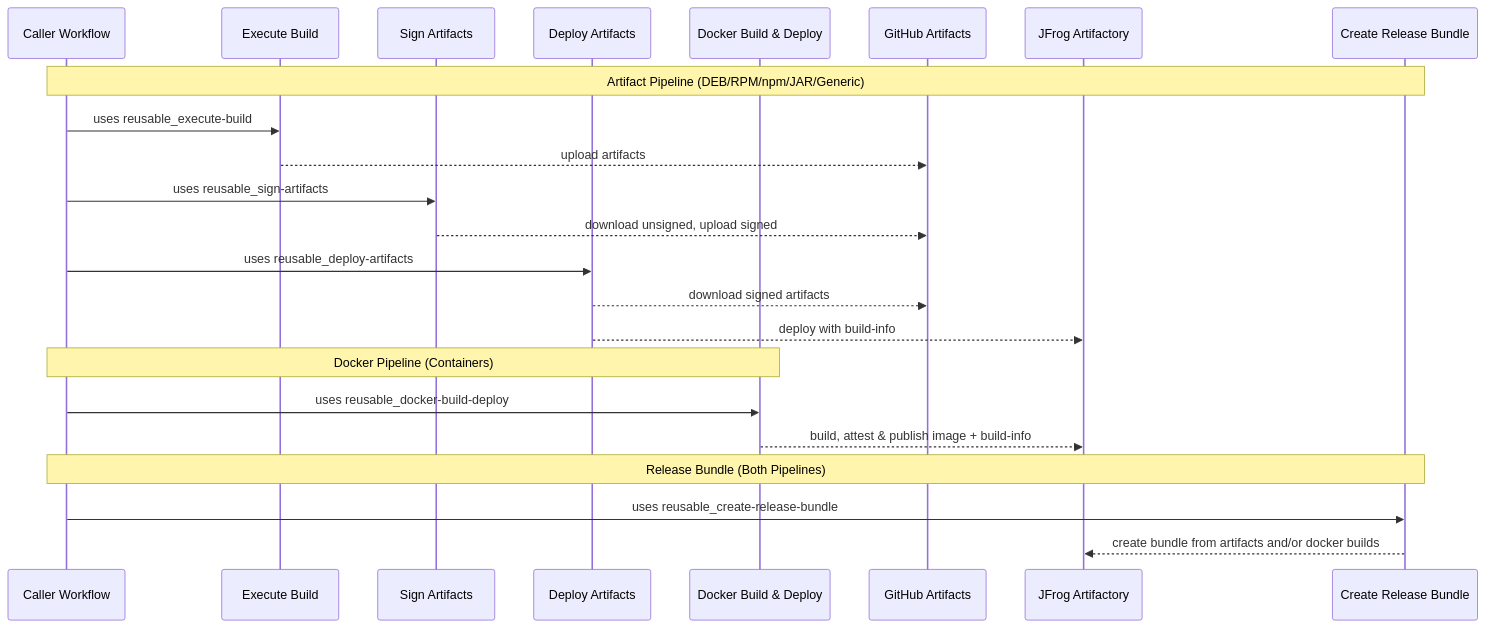
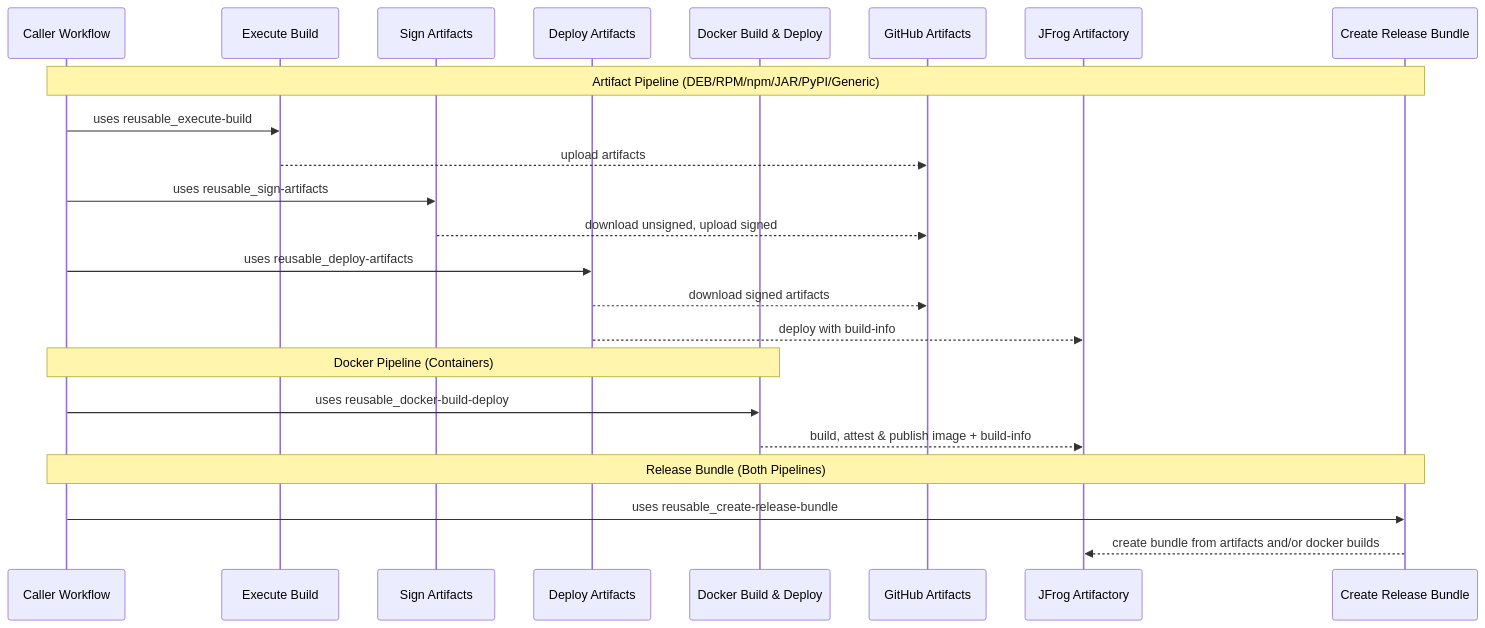
The diagram in .github/workflows/docs/CICD-composable.md (aerospike/shared-workflows), drawn with Mermaid before and after one commit. The commit also changed 20 other files, not shown here.

````diff
--- a/.github/workflows/docs/CICD-composable.md
+++ b/.github/workflows/docs/CICD-composable.md
@@ -31,28 +31,28 @@
 ```mermaid
 sequenceDiagram
   participant WF as Caller Workflow
   participant SW1 as Execute Build
   participant SW2 as Sign Artifacts
   participant SW3 as Deploy Artifacts
   participant SW5 as Docker Build & Deploy
   participant GA as GitHub Artifacts
   participant JF as JFrog Artifactory
   participant SW4 as Create Release Bundle
 
-  Note over WF,SW4: Artifact Pipeline (DEB/RPM/npm/JAR/Generic)
+  Note over WF,SW4: Artifact Pipeline (DEB/RPM/npm/JAR/PyPI/Generic)
   WF->>SW1: uses reusable_execute-build
   SW1-->>GA: upload artifacts
   WF->>SW2: uses reusable_sign-artifacts
   SW2-->>GA: download unsigned, upload signed
   WF->>SW3: uses reusable_deploy-artifacts
   SW3-->>GA: download signed artifacts
   SW3-->>JF: deploy with build-info
 
   Note over WF,SW5: Docker Pipeline (Containers)
   WF->>SW5: uses reusable_docker-build-deploy
   SW5-->>JF: build, attest & publish image + build-info
 
   Note over WF,SW4: Release Bundle (Both Pipelines)
   WF->>SW4: uses reusable_create-release-bundle
   SW4-->>JF: create bundle from artifacts and/or docker builds
 ```
````
